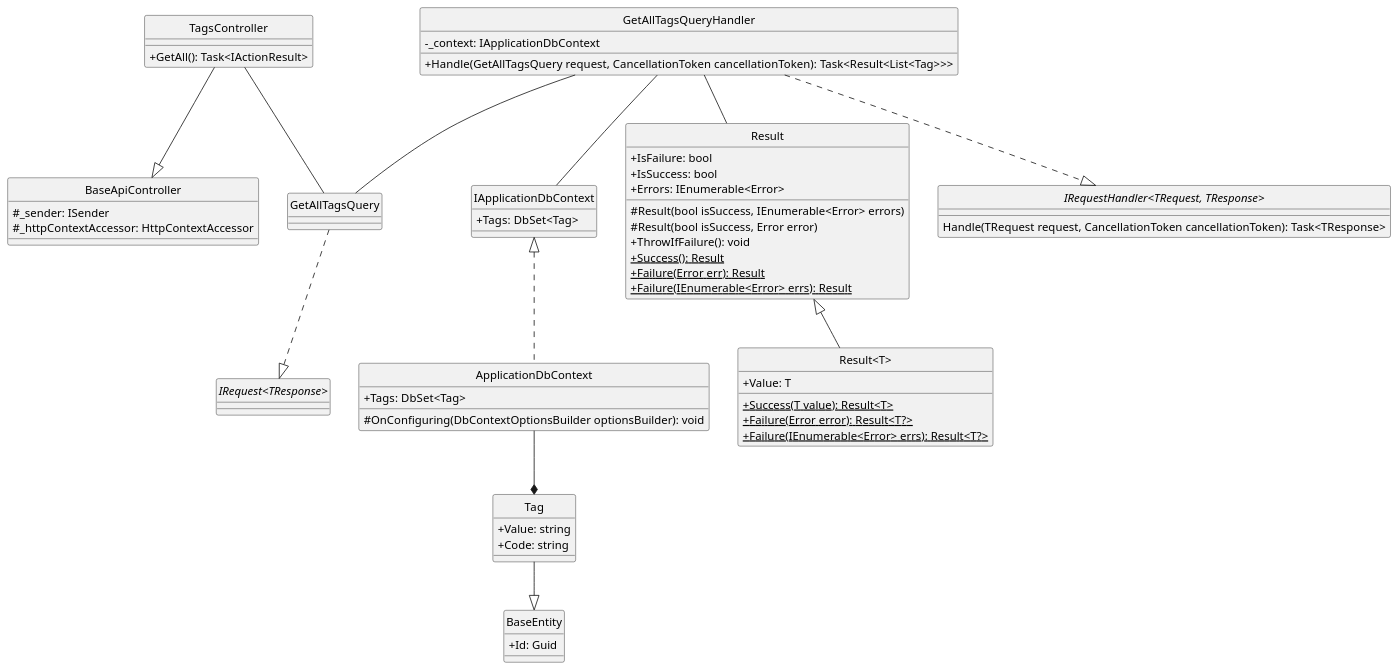
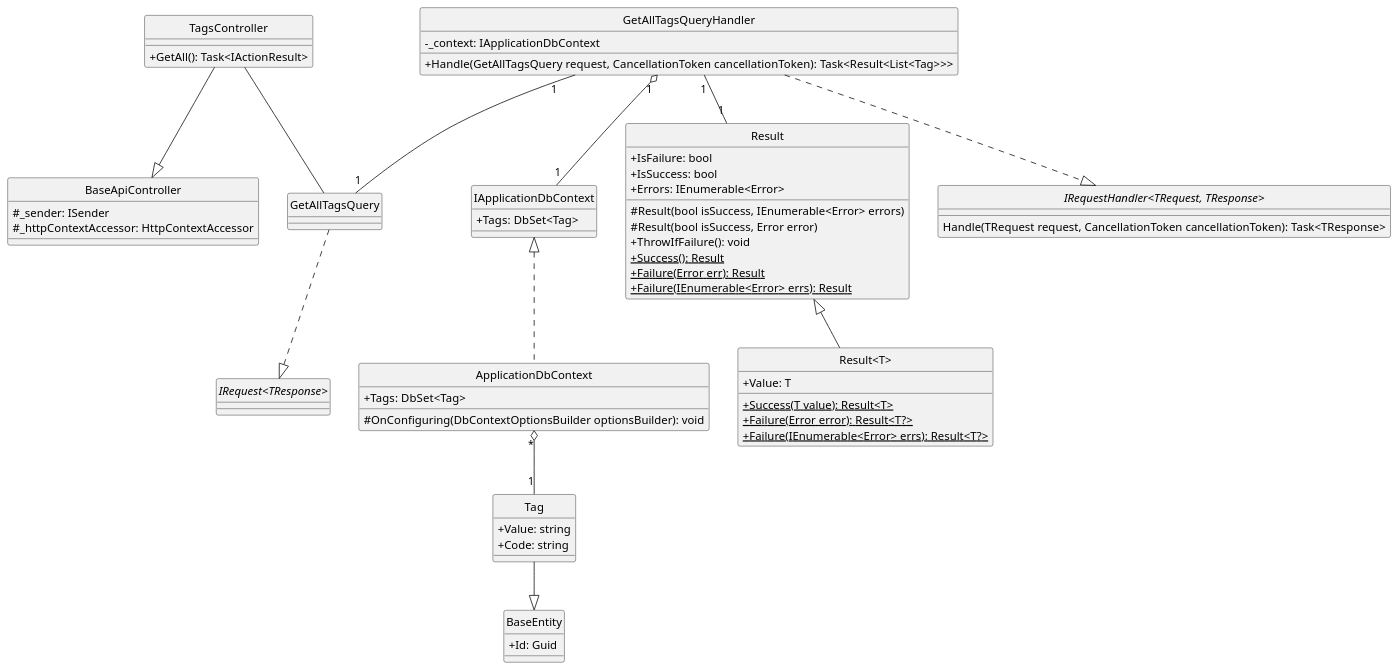
One commit to Carl-Johnsons/Chat-Application changed the diagram in docs/Class Diagram/Post/Tags/GetAllTag/ClassDiagram.plantuml. Above: the diagram before and after it, drawn with PlantUML. The commit also changed 21 other files, not shown here.

```diff
--- a/docs/Class Diagram/Post/Tags/GetAllTag/ClassDiagram.plantuml
+++ b/docs/Class Diagram/Post/Tags/GetAllTag/ClassDiagram.plantuml
@@ -1,80 +1,80 @@
 @startuml getAllTag
 hide circle
 skinparam classAttributeIconSize 0
 
 class BaseApiController {
     #_sender: ISender
     #_httpContextAccessor: HttpContextAccessor
 }
 
 class TagsController {
     +GetAll(): Task<IActionResult>
 }
 
 class GetAllTagsQuery {
 }
 
 class GetAllTagsQueryHandler {
     -_context: IApplicationDbContext
     +Handle(GetAllTagsQuery request, CancellationToken cancellationToken): Task<Result<List<Tag>>>
 }
 
 class IApplicationDbContext {
     +Tags: DbSet<Tag>
 }
 
 class ApplicationDbContext {
     +Tags: DbSet<Tag>
     #OnConfiguring(DbContextOptionsBuilder optionsBuilder): void
 }
 
 class Result {
     +IsFailure: bool
     +IsSuccess: bool
     +Errors: IEnumerable<Error>
     #Result(bool isSuccess, IEnumerable<Error> errors)
     #Result(bool isSuccess, Error error)
     +ThrowIfFailure(): void
     +{static} Success(): Result
     +{static} Failure(Error err): Result
     +{static} Failure(IEnumerable<Error> errs): Result
 }
 
 class "Result<T>" {
     +Value: T
     +{static} Success(T value): Result<T>
     +{static} Failure(Error error): Result<T?>
     +{static} Failure(IEnumerable<Error> errs): Result<T?>
 }
 
 class BaseEntity {
     +Id: Guid 
 }
 
 class Tag {
     +Value: string
     +Code: string
 }
 
 interface "IRequest<TResponse>"
 interface "IRequestHandler<TRequest, TResponse>"{
     Handle(TRequest request, CancellationToken cancellationToken): Task<TResponse>
 }
 
 '==== Get All Post ====
 'API Layer
 TagsController --|> BaseApiController
 TagsController -- GetAllTagsQuery
 'Application Layer
 GetAllTagsQuery ..|> "IRequest<TResponse>"
 GetAllTagsQueryHandler ..|> "IRequestHandler<TRequest, TResponse>"
-GetAllTagsQueryHandler -- GetAllTagsQuery
-GetAllTagsQueryHandler -- Result
-GetAllTagsQueryHandler -- IApplicationDbContext
+GetAllTagsQueryHandler "1"--"1" GetAllTagsQuery
+GetAllTagsQueryHandler "1"--"1" Result
+GetAllTagsQueryHandler "1" o--"1" IApplicationDbContext
 'Domain Layer
 Result <|-- "Result<T>"
 Tag --|> BaseEntity
 'Infrastructure Layer
 IApplicationDbContext <|.. ApplicationDbContext
-ApplicationDbContext --* Tag
+ApplicationDbContext "*" o--"1" Tag
 @enduml
```
